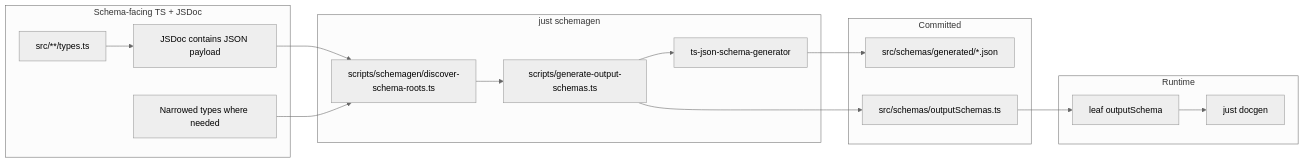
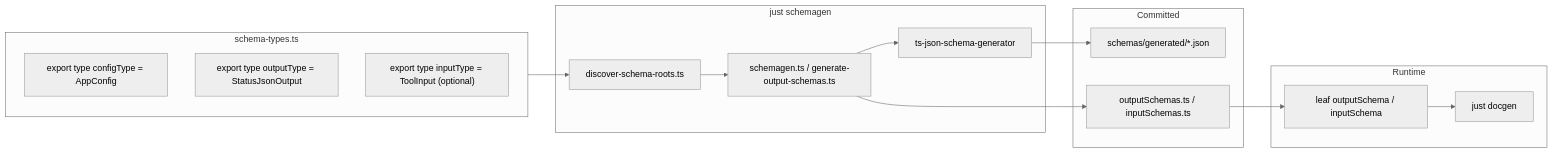
The diagram in docs/output-schema.md (bdombro/bun-argsbarg), drawn with Mermaid (neutral theme) before and after one commit. The commit also changed other lines of this file and 26 other files, not shown here.

````diff
--- a/docs/output-schema.md
+++ b/docs/output-schema.md
@@ -48,25 +49,23 @@
 ```mermaid
 flowchart LR
-  subgraph types [Schema-facing TS + JSDoc]
-    TypesTs["src/**/types.ts"]
-    Marker["JSDoc contains JSON payload"]
-    Narrow["Narrowed types where needed"]
+  subgraph types [schema-types.ts]
+    Config["export type configType = AppConfig"]
+    Output["export type outputType = StatusJsonOutput"]
+    Input["export type inputType = ToolInput (optional)"]
   end
   subgraph gen [just schemagen]
-    Discover["scripts/schemagen/discover-schema-roots.ts"]
-    Script["scripts/generate-output-schemas.ts"]
+    Discover["discover-schema-roots.ts"]
+    Script["schemagen.ts / generate-output-schemas.ts"]
     Gen["ts-json-schema-generator"]
   end
   subgraph artifacts [Committed]
-    Json["src/schemas/generated/*.json"]
-    Bridge["src/schemas/outputSchemas.ts"]
+    Json["schemas/generated/*.json"]
+    Bridge["outputSchemas.ts / inputSchemas.ts"]
   end
   subgraph runtime [Runtime]
-    Leaves["leaf outputSchema"]
+    Leaves["leaf outputSchema / inputSchema"]
     Docgen["just docgen"]
   end
-  TypesTs --> Marker --> Discover
-  Narrow --> Discover
-  Discover --> Script --> Gen --> Json
+  types --> Discover --> Script --> Gen --> Json
   Script --> Bridge --> Leaves --> Docgen
 ```
````
